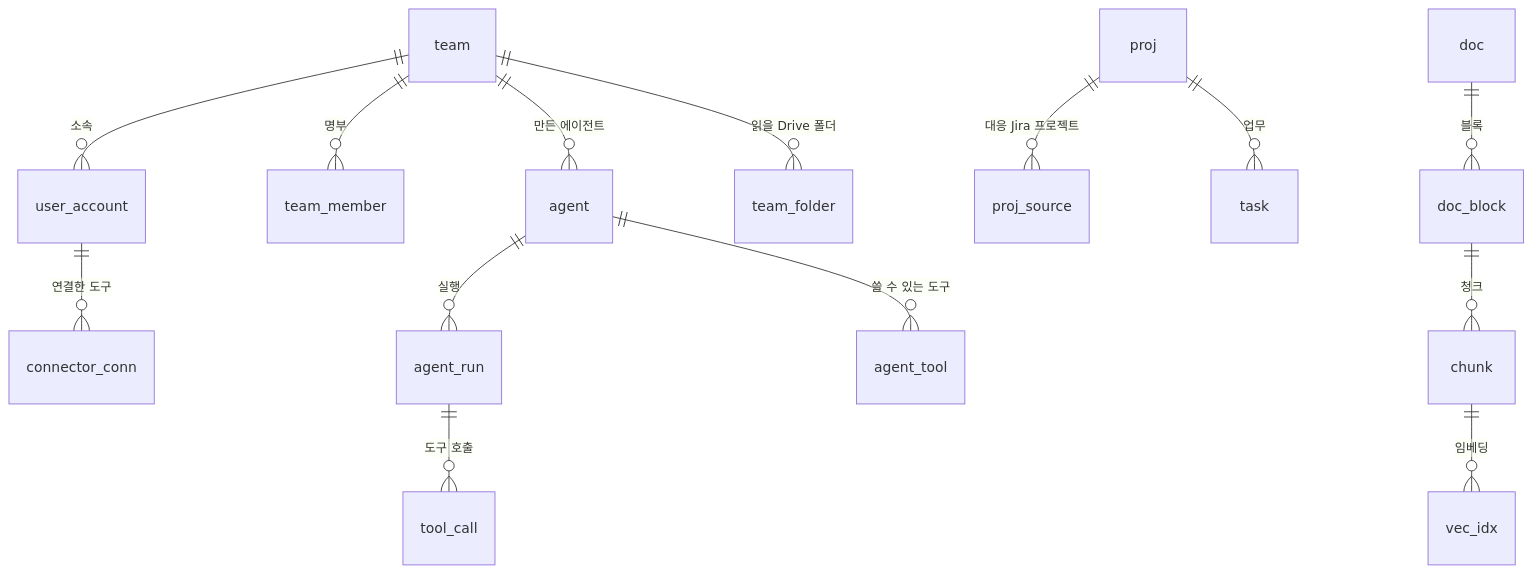
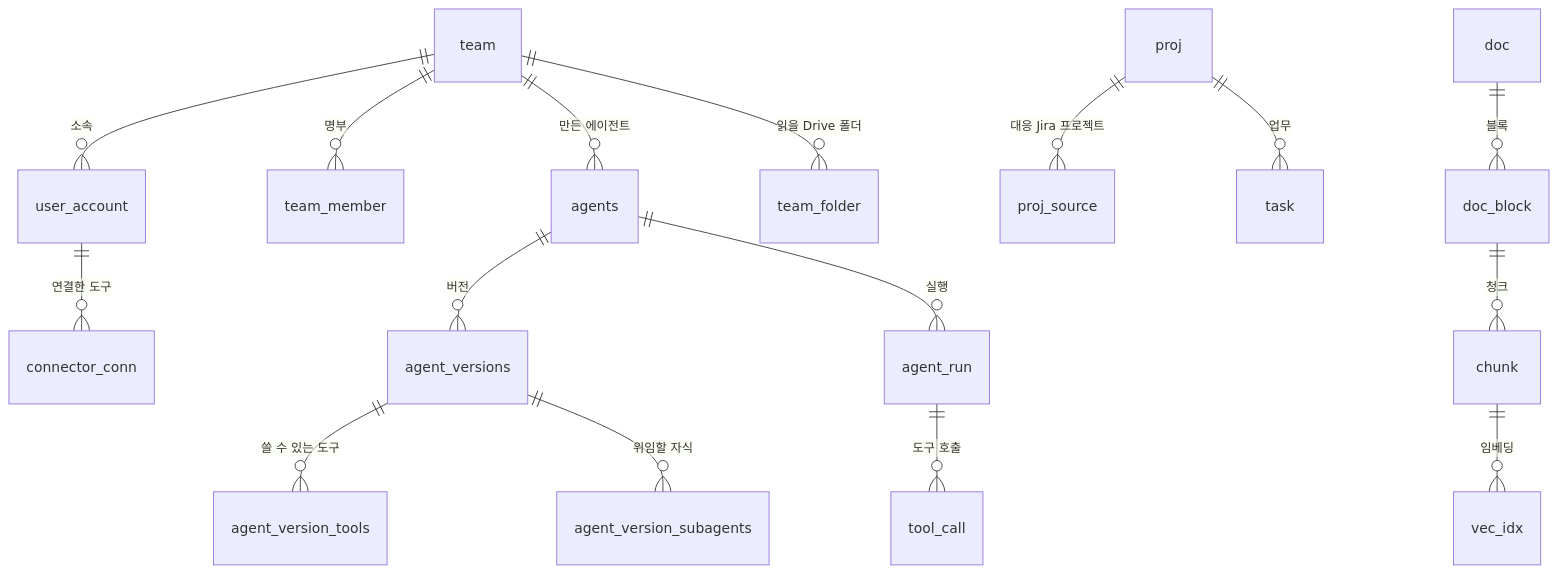
Before and after one commit to SKNETWORKS-FAMILY-AICAMP/SKN29-FINAL-2TEAM: the fourth of 4 diagrams in README.md, drawn with Mermaid. The commit also changed other lines of this file and 12 other files, not shown here.

````diff
--- a/README.md
+++ b/README.md
@@ -264,16 +314,18 @@
 ```mermaid
 erDiagram
     team ||--o{ user_account : "소속"
     team ||--o{ team_member : "명부"
-    team ||--o{ agent : "만든 에이전트"
+    team ||--o{ agents : "만든 에이전트"
     team ||--o{ team_folder : "읽을 Drive 폴더"
     user_account ||--o{ connector_conn : "연결한 도구"
     proj ||--o{ proj_source : "대응 Jira 프로젝트"
     proj ||--o{ task : "업무"
     doc ||--o{ doc_block : "블록"
     doc_block ||--o{ chunk : "청크"
     chunk ||--o{ vec_idx : "임베딩"
-    agent ||--o{ agent_tool : "쓸 수 있는 도구"
-    agent ||--o{ agent_run : "실행"
+    agents ||--o{ agent_versions : "버전"
+    agent_versions ||--o{ agent_version_tools : "쓸 수 있는 도구"
+    agent_versions ||--o{ agent_version_subagents : "위임할 자식"
+    agents ||--o{ agent_run : "실행"
     agent_run ||--o{ tool_call : "도구 호출"
 ```
````
